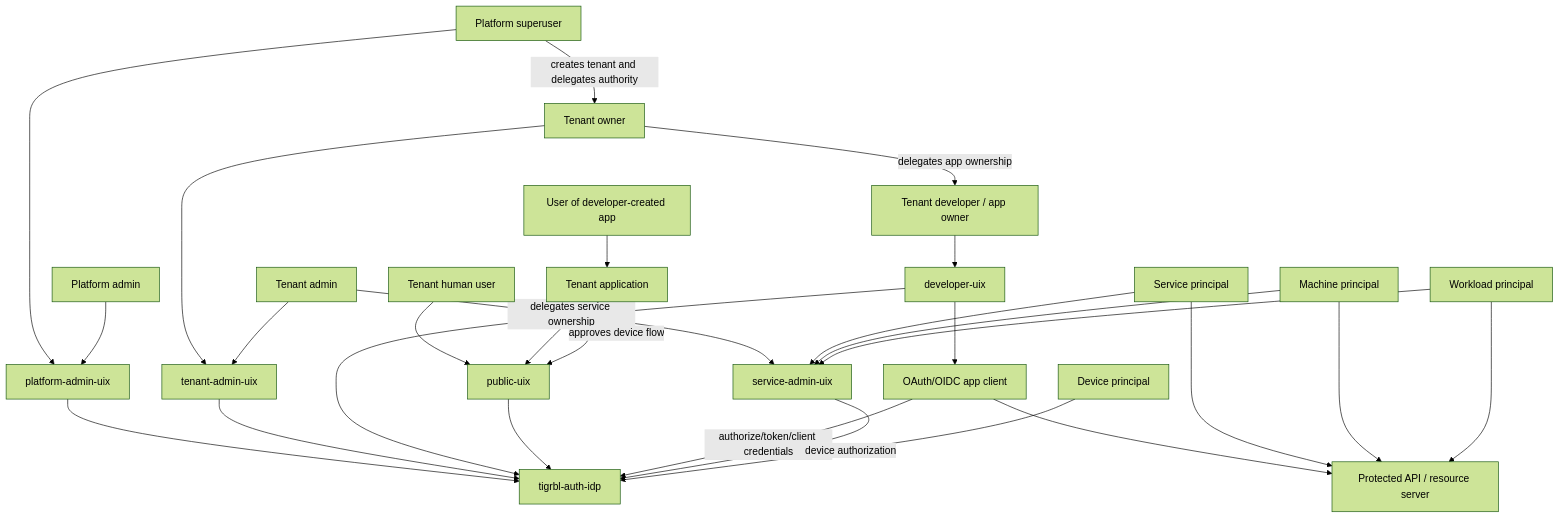
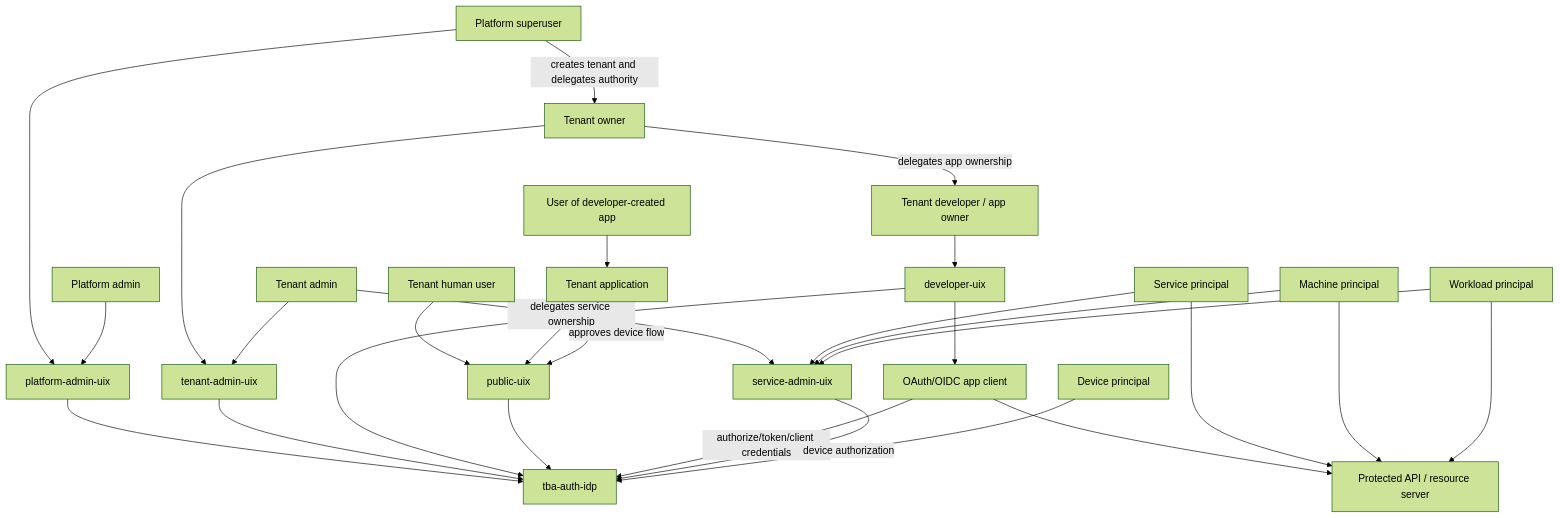
Before and after one commit to tigrbl/tigrbl_auth: the diagram in docs/architecture/PRINCIPAL_INTERACTION_MATRICES.md, drawn with Mermaid (forest theme). The commit also changed other lines of this file and 9012 other files, not shown here.

````diff
--- a/docs/architecture/PRINCIPAL_INTERACTION_MATRICES.md
+++ b/docs/architecture/PRINCIPAL_INTERACTION_MATRICES.md
@@ -87,50 +87,50 @@
 ```mermaid
 flowchart TB
   platformSuper["Platform superuser"]
   platformAdmin["Platform admin"]
   tenantOwner["Tenant owner"]
   tenantAdmin["Tenant admin"]
   tenantUser["Tenant human user"]
   developer["Tenant developer / app owner"]
   appUser["User of developer-created app"]
   oidcClient["OAuth/OIDC app client"]
   service["Service principal"]
   machine["Machine principal"]
   workload["Workload principal"]
   device["Device principal"]
 
   platformUIX["platform-admin-uix"]
   tenantUIX["tenant-admin-uix"]
   publicUIX["public-uix"]
   developerUIX["developer-uix"]
   serviceUIX["service-admin-uix"]
-  idp["tigrbl-auth-idp"]
+  idp["tba-auth-idp"]
   tenantApp["Tenant application"]
   protectedAPI["Protected API / resource server"]
 
   platformSuper --> platformUIX --> idp
   platformAdmin --> platformUIX
   platformSuper -->|"creates tenant and delegates authority"| tenantOwner
   tenantOwner --> tenantUIX --> idp
   tenantAdmin --> tenantUIX
   tenantOwner -->|"delegates app ownership"| developer
   developer --> developerUIX --> idp
   developerUIX --> oidcClient
 
   tenantUser --> publicUIX --> idp
   appUser --> tenantApp --> publicUIX
   oidcClient -->|"authorize/token/client credentials"| idp
   oidcClient --> protectedAPI
 
   tenantAdmin -->|"delegates service ownership"| serviceUIX
   service --> serviceUIX
   machine --> serviceUIX
   workload --> serviceUIX
   serviceUIX --> idp
   service --> protectedAPI
   machine --> protectedAPI
   workload --> protectedAPI
 
   device -->|"device authorization"| idp
   tenantUser -->|"approves device flow"| publicUIX
 ```
````
